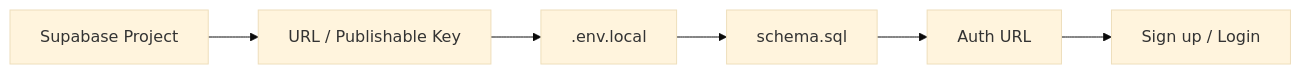
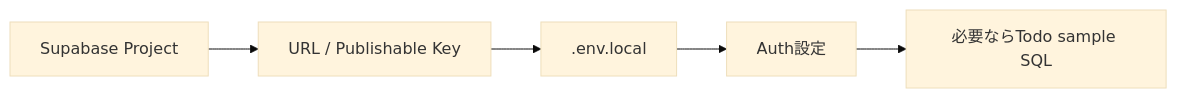
Before and after one commit to k-systems202208/nextjs-supabase-vercel-webapp-template: the third of 8 diagrams in GETTING-STARTED.md, drawn with Mermaid (base theme). The commit also changed other lines of this file and 15 other files, not shown here.

````diff
--- a/GETTING-STARTED.md
+++ b/GETTING-STARTED.md
@@ -101,8 +102,7 @@
 ```mermaid
 flowchart LR
     A["Supabase Project"] --> B["URL / Publishable Key"]
     B --> C[".env.local"]
-    C --> D["schema.sql"]
-    D --> E["Auth URL"]
-    E --> F["Sign up / Login"]
+    C --> D["Auth設定"]
+    D --> E["必要ならTodo sample SQL"]
 ```
````
